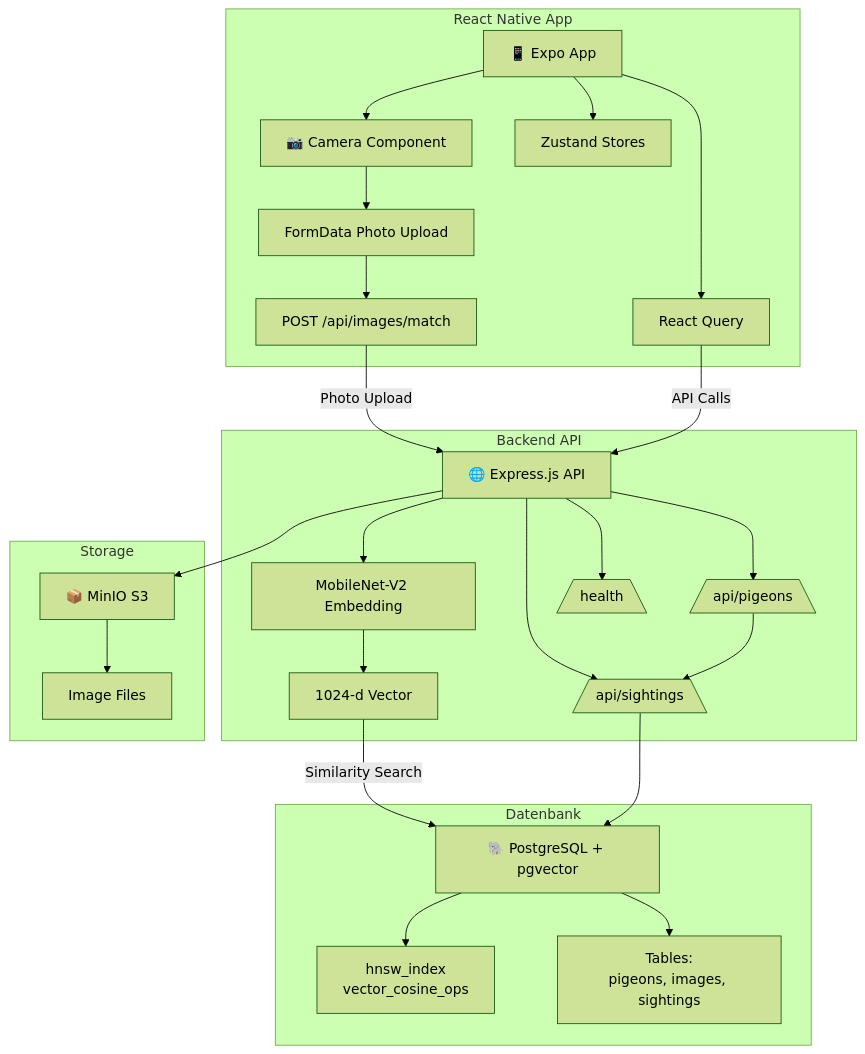
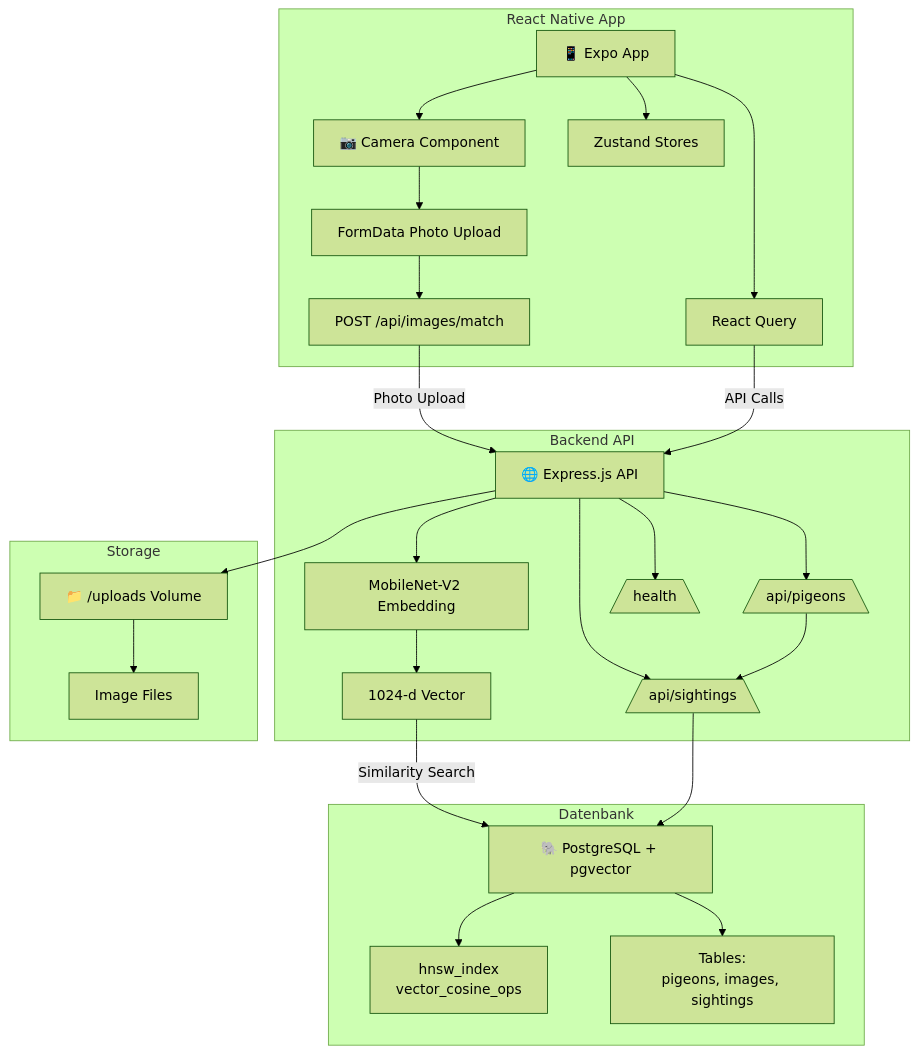
Before and after one commit to openfugjoobot/tauben-scanner: the diagram in README.md, drawn with Mermaid (forest theme). The commit also changed other lines of this file, not shown here.

````diff
--- a/README.md
+++ b/README.md
@@ -138,38 +139,38 @@
 ```mermaid
 graph TB
     subgraph "React Native App"
         A[📱 Expo App] --> B[📷 Camera Component]
         B --> C[FormData Photo Upload]
         C --> D[POST /api/images/match]
         A --> E[Zustand Stores]
         A --> F[React Query]
     end
     
     subgraph "Backend API"
         G[🌐 Express.js API] --> H[MobileNet-V2 Embedding]
         H --> I[1024-d Vector]
         G --> J[/api/pigeons\]
         G --> K[/api/sightings\]
         G --> L[/health\]
     end
     
     subgraph "Datenbank"
         M[🐘 PostgreSQL + pgvector]
         N[hnsw_index<br/>vector_cosine_ops]
         O[Tables:<br/>pigeons, images, sightings]
     end
     
     subgraph "Storage"
-        P[📦 MinIO S3]
+        P[📁 /uploads Volume]
         Q[Image Files]
     end
     
     D -->|Photo Upload| G
     F -->|API Calls| G
     I -->|Similarity Search| M
     J --> K --> M
     M --> N
     M --> O
     G --> P
     P --> Q
 ```
````
